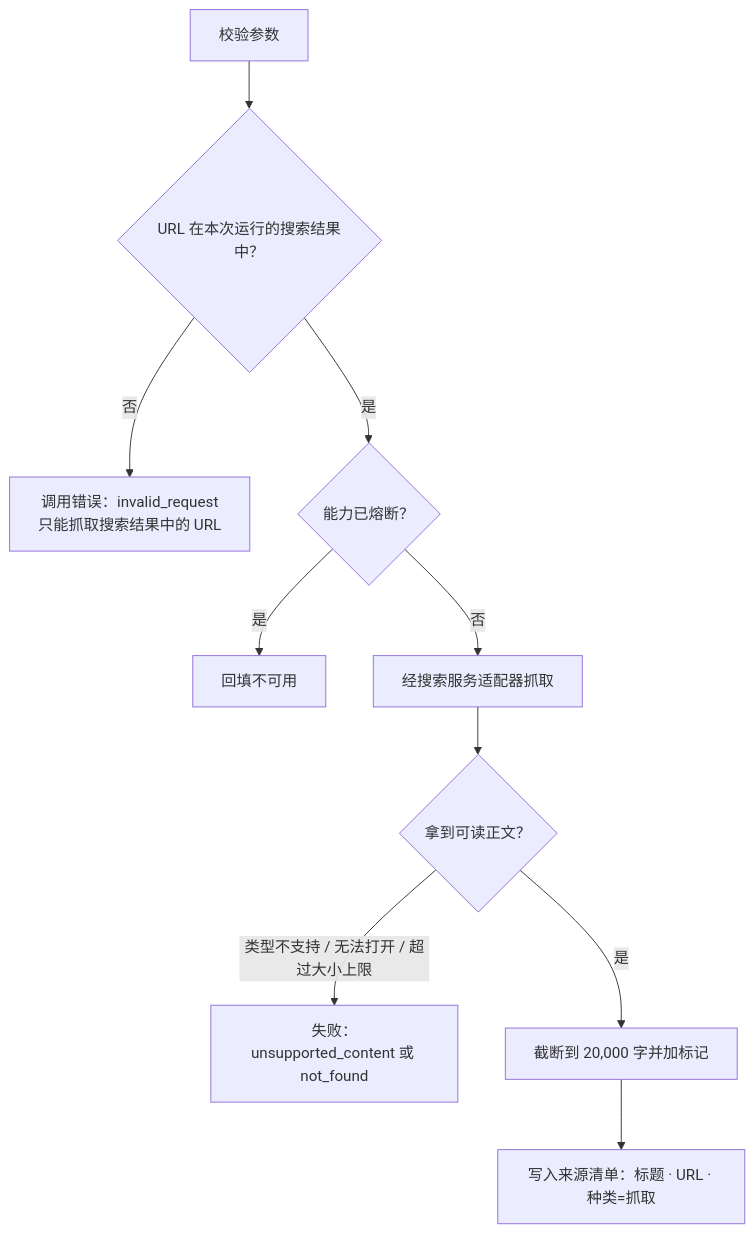
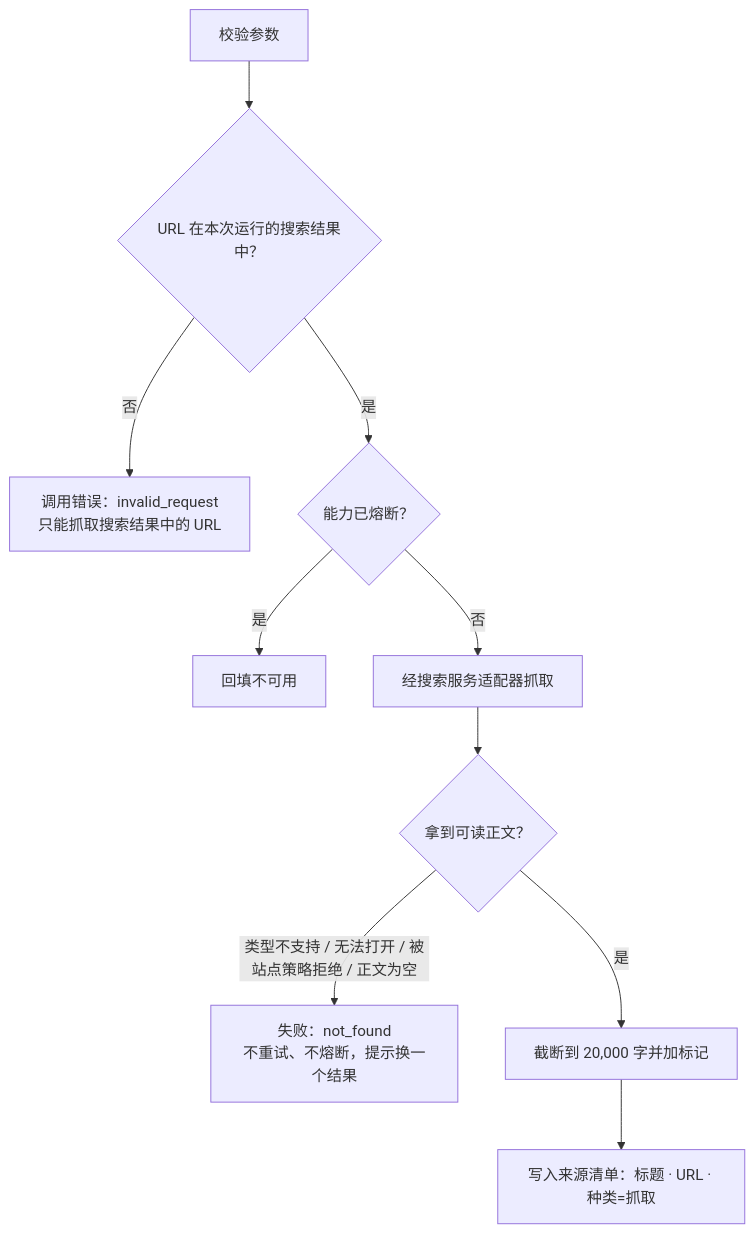
Diagram 20 of 23 in docs/tech/Keine_explore_harness_v1.md (Bank5y/Keine), drawn with Mermaid before and after one commit. The commit also changed other lines of this file and 23 other files, not shown here.

````diff
--- a/docs/tech/Keine_explore_harness_v1.md
+++ b/docs/tech/Keine_explore_harness_v1.md
@@ -889,12 +889,12 @@
 ```mermaid
 flowchart TD
   A["校验参数"] --> B{"URL 在本次运行的搜索结果中？"}
   B -- 否 --> E1["调用错误：invalid_request<br/>只能抓取搜索结果中的 URL"]
   B -- 是 --> C{"能力已熔断？"}
   C -- 是 --> X["回填不可用"]
   C -- 否 --> D["经搜索服务适配器抓取"]
   D --> F{"拿到可读正文？"}
-  F -- "类型不支持 / 无法打开 / 超过大小上限" --> E2["失败：unsupported_content 或 not_found"]
+  F -- "类型不支持 / 无法打开 / 被站点策略拒绝 / 正文为空" --> E2["失败：not_found<br/>不重试、不熔断，提示换一个结果"]
   F -- 是 --> G["截断到 20,000 字并加标记"]
   G --> H["写入来源清单：标题 · URL · 种类=抓取"]
 ```
````
